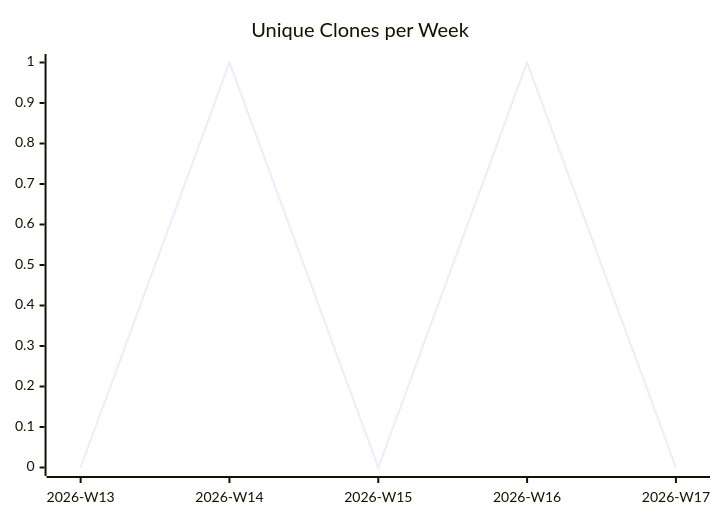
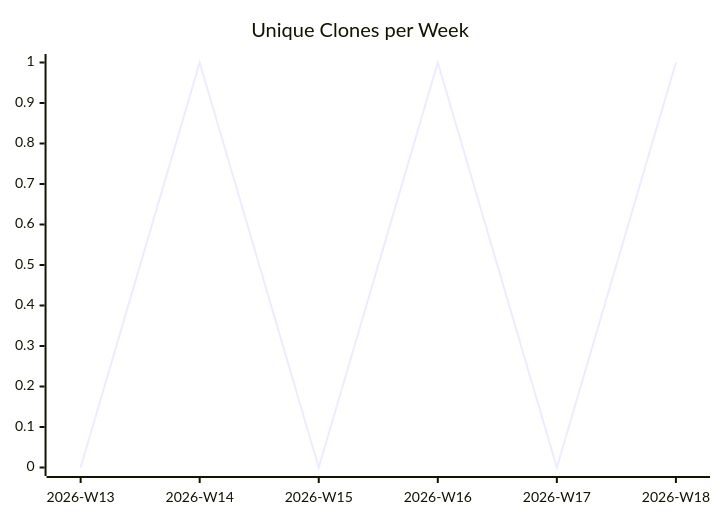
One commit to justdavis-family/github-analytics-data changed the third of 3 diagrams in karlmdavis/ansible-role-ldap/README.md. Above: the diagram before and after it, drawn with Mermaid. The commit also changed other lines of this file and 185 other files, not shown here.

````diff
--- a/karlmdavis/ansible-role-ldap/README.md
+++ b/karlmdavis/ansible-role-ldap/README.md
@@ -19,6 +19,6 @@
 ```mermaid
 xychart-beta
   title "Unique Clones per Week"
-  x-axis ["2026-W13", "2026-W14", "2026-W15", "2026-W16", "2026-W17"]
-  line [0, 1, 0, 1, 0]
+  x-axis ["2026-W13", "2026-W14", "2026-W15", "2026-W16", "2026-W17", "2026-W18"]
+  line [0, 1, 0, 1, 0, 1]
 ```
````
